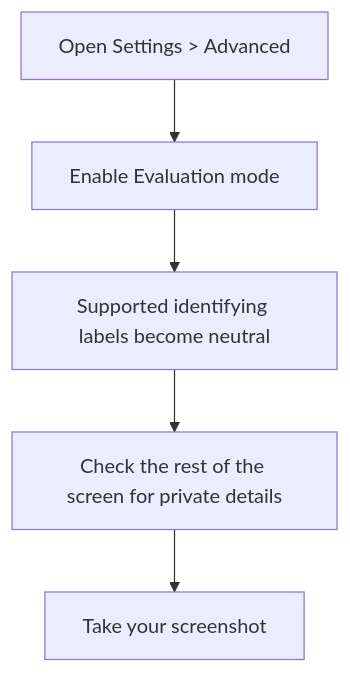
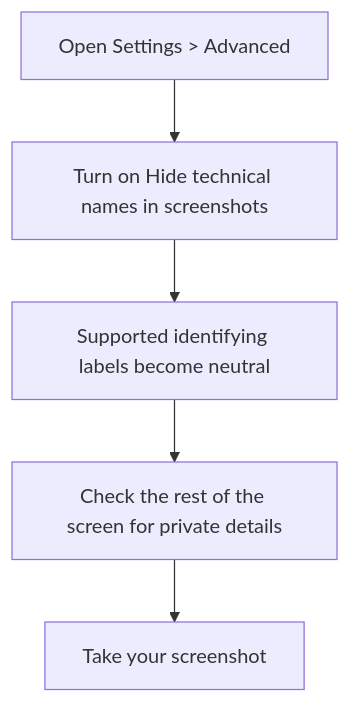
The first of 4 diagrams in docs/kmk/feature-guides/sharing.md (FancyCorey/komikku-fc), drawn with Mermaid before and after one commit. The commit also changed other lines of this file and 93 other files, not shown here.

````diff
--- a/docs/kmk/feature-guides/sharing.md
+++ b/docs/kmk/feature-guides/sharing.md
@@ -11,7 +17,7 @@
 ```mermaid
 flowchart TD
-    Settings["Open Settings > Advanced"] --> Enable["Enable Evaluation mode"]
+    Settings["Open Settings > Advanced"] --> Enable["Turn on Hide technical names in screenshots"]
     Enable --> Labels["Supported identifying labels become neutral"]
     Labels --> Check["Check the rest of the screen for private details"]
     Check --> Capture["Take your screenshot"]
 ```
````
